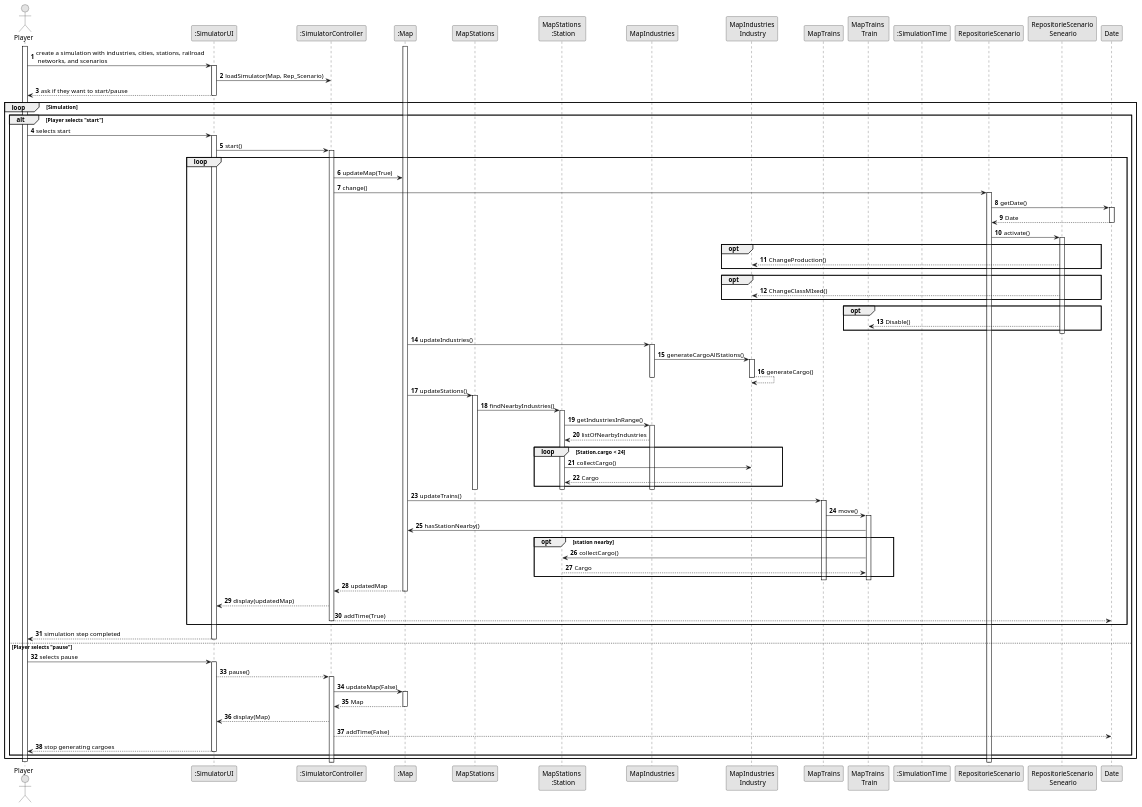
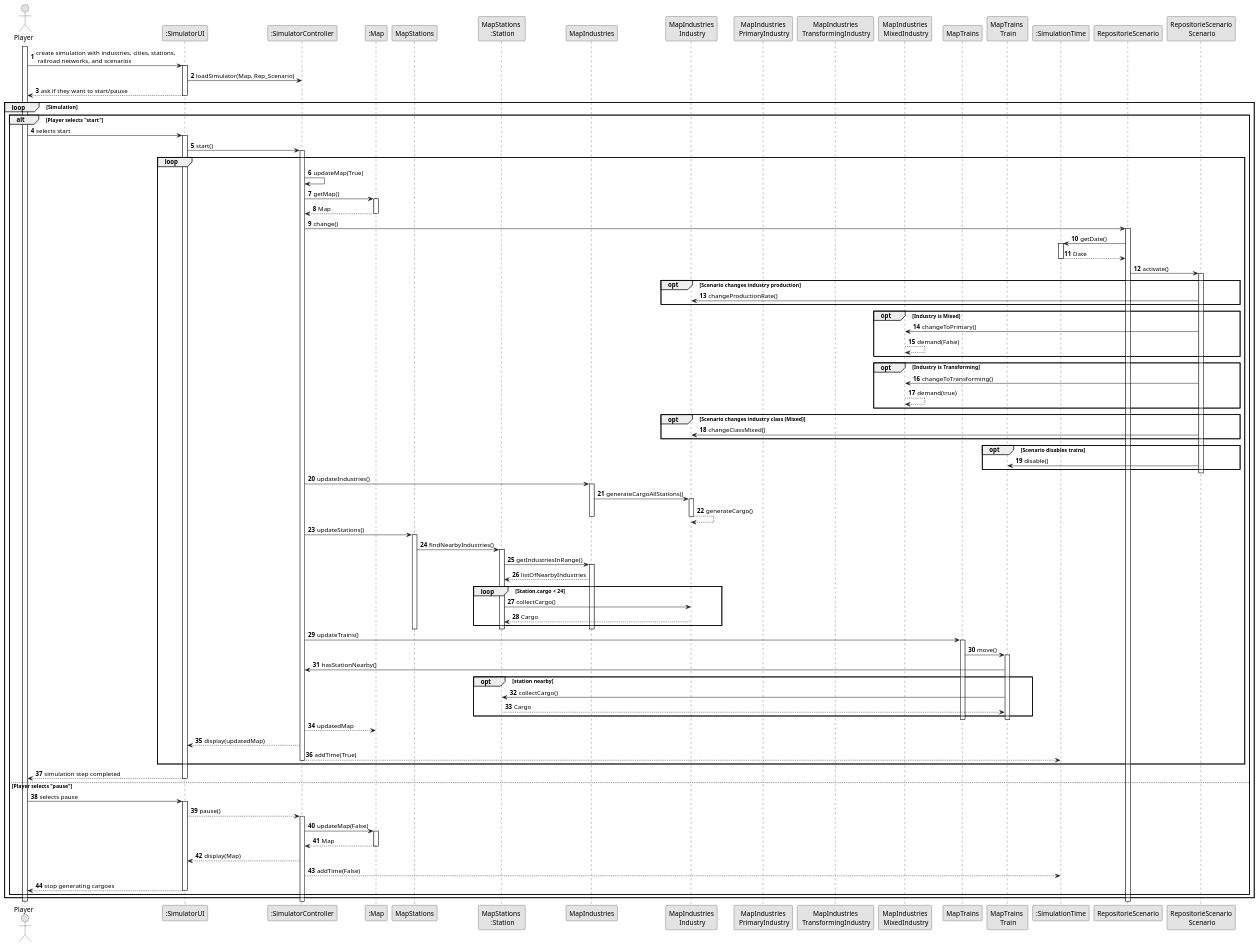
The diagram in docs/system-documentation/US012/03.design/puml/US012-SD-full.puml (1240826/empire-on-tracks), drawn with PlantUML before and after one commit. The commit also changed 3 other files, not shown here.

```diff
--- a/docs/system-documentation/US012/03.design/puml/US012-SD-full.puml
+++ b/docs/system-documentation/US012/03.design/puml/US012-SD-full.puml
@@ -1,140 +1,157 @@
 @startuml
 skinparam monochrome true
 skinparam packageStyle rectangle
 skinparam shadowing false
 
 autonumber
 
 actor "Player" as Owner
 participant ":SimulatorUI" as UI
 participant ":SimulatorController" as Controller
 participant ":Map" as Map
 
 participant "MapStations" as Rep_Stations
 participant "MapStations \n :Station" as Stations
 
 participant "MapIndustries" as Rep_Industries
 participant "MapIndustries\n Industry" as Industries
 
+participant "MapIndustries\n PrimaryIndustry" as PrimaryIndustry
+participant "MapIndustries\n TransformingIndustry" as TransformingIndustry
+participant "MapIndustries\n MixedIndustry" as MixedIndustry
+
 participant "MapTrains" as Rep_Trains
 participant "MapTrains \n Train" as Trains
 
 participant ":SimulationTime" as Time
 participant "RepositorieScenario" as Rep_Scenario
-participant "RepositorieScenario\n Seneario" as Scenario
-
+participant "RepositorieScenario\n Scenario" as Scenario
 
 activate Owner
 
-Owner -> UI : create a simulation with industries, cities, stations, railroad \n networks, and scenarios
+Owner -> UI : create simulation with industries, cities, stations, \n railroad networks, and scenarios
 activate UI
 UI -> Controller : loadSimulator(Map, Rep_Scenario)
 
 UI --> Owner : ask if they want to start/pause
 deactivate UI
 
 loop Simulation
     alt Player selects "start"
         Owner -> UI : selects start
         activate UI
         UI -> Controller : start()
+
         loop
             activate Controller
-            Controller -> Map : updateMap(True)
-            Controller->Rep_Scenario: change()
+            Controller -> Controller : updateMap(True)
+            Controller -> Map : getMap()
+            activate Map
+            Map --> Controller : Map
+            deactivate Map
+
+            Controller -> Rep_Scenario : change()
             activate Rep_Scenario
-            Rep_Scenario->Date:getDate()
-            activate Date
-            Date-->Rep_Scenario:Date
-            deactivate Date
-            Rep_Scenario->Scenario:activate()
+            Rep_Scenario -> Time : getDate()
+            activate Time
+            Time --> Rep_Scenario : Date
+            deactivate Time
+
+            Rep_Scenario -> Scenario : activate()
             activate Scenario
-            opt
-            Scenario-->Industries:ChangeProduction()
-            end
-            opt
-            Scenario-->Industries:ChangeClassMIxed()
-            end
-            opt
-            Scenario-->Trains:Disable()
-            end
-          deactivate Scenario
+
+            opt Scenario changes industry production
+                Scenario -> Industries : changeProductionRate()
+                end
+                opt Industry is Mixed
+                    Scenario -> MixedIndustry : changeToPrimary()
+                    MixedIndustry --> MixedIndustry : demand(False)
+                end
+                opt Industry is Transforming
+                    Scenario -> MixedIndustry : changeToTransforming()
+                    MixedIndustry --> MixedIndustry : demand(true)
+                end
 
 
+            opt Scenario changes industry class (Mixed)
+                Scenario -> Industries : changeClassMixed()
+            end
 
+            opt Scenario disables trains
+                Scenario -> Trains : disable()
+            end
+            deactivate Scenario
 
             activate Map
-
             ' Atualização das indústrias (geração de carga)
-            Map -> Rep_Industries : updateIndustries()
+            Controller -> Rep_Industries : updateIndustries()
             activate Rep_Industries
             Rep_Industries -> Industries : generateCargoAllStations()
             activate Industries
             Industries --> Industries : generateCargo()
             deactivate Industries
             deactivate Rep_Industries
 
             ' Atualização das estações (coleta até 24 cargas)
-            Map -> Rep_Stations : updateStations()
+            Controller -> Rep_Stations : updateStations()
             activate Rep_Stations
             Rep_Stations -> Stations : findNearbyIndustries()
             activate Stations
             Stations -> Rep_Industries : getIndustriesInRange()
             activate Rep_Industries
             Rep_Industries --> Stations : listOfNearbyIndustries
 
-             loop Station.cargo < 24
+            loop Station.cargo < 24
                 Stations -> Industries : collectCargo()
                 Industries --> Stations : Cargo
             end
 
             deactivate Rep_Industries
             deactivate Stations
             deactivate Rep_Stations
 
             ' Atualização dos trens (cada um com limite próprio)
-            Map -> Rep_Trains : updateTrains()
+            Controller -> Rep_Trains : updateTrains()
             activate Rep_Trains
             Rep_Trains -> Trains : move()
             activate Trains
-            Trains -> Map : hasStationNearby()
-              opt station nearby
-                    Trains -> Stations : collectCargo()
-                    Stations --> Trains : Cargo
-                end
+            Trains -> Controller : hasStationNearby()
 
+            opt station nearby
+                Trains -> Stations : collectCargo()
+                Stations --> Trains : Cargo
+            end
 
             deactivate Trains
             deactivate Rep_Trains
 
-            Map --> Controller : updatedMap
+            Controller --> Map : updatedMap
             deactivate Map
 
             Controller --> UI : display(updatedMap)
-            Controller-->Date:addTime(True)
+            Controller --> Time : addTime(True)
 
             deactivate Controller
         end
 
         UI --> Owner : simulation step completed
         deactivate UI
 
     else Player selects "pause"
         Owner -> UI : selects pause
         activate UI
         UI --> Controller : pause()
-            activate Controller
-                    Controller -> Map : updateMap(False)
-                    activate Map
-                    Map-->Controller: Map
-                    deactivate Map
-                    Controller-->UI:display(Map)
-                    Controller-->Date:addTime(False)
-
+        activate Controller
+            Controller -> Map : updateMap(False)
+            activate Map
+            Map --> Controller : Map
+            deactivate Map
+            Controller --> UI : display(Map)
+            Controller --> Time : addTime(False)
         UI --> Owner : stop generating cargoes
         deactivate UI
     end
 end
 
 deactivate Owner
 @enduml
```
